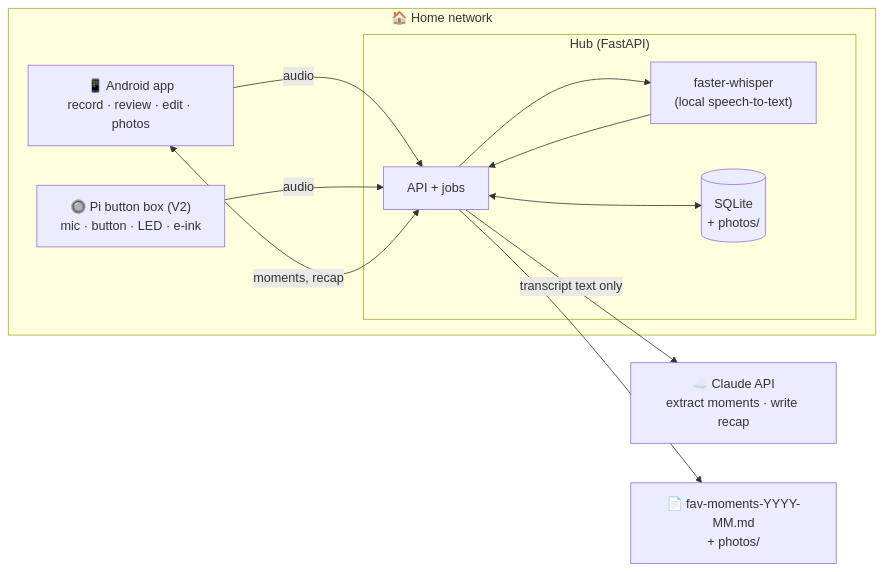
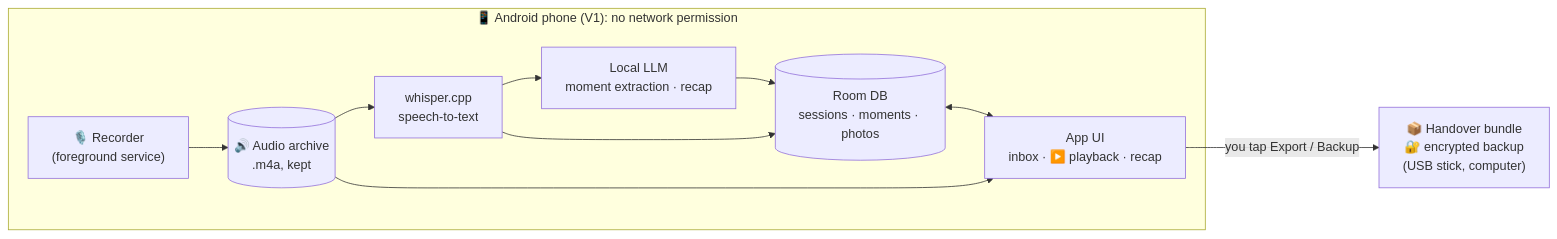
The first of 2 diagrams in docs/architecture.md (noahblauensteiner/dream2gether), drawn with Mermaid before and after one commit. The commit also changed other lines of this file and 4 other files, not shown here.

````diff
--- a/docs/architecture.md
+++ b/docs/architecture.md
@@ -13,22 +15,16 @@
 ```mermaid
 flowchart LR
-  subgraph home["🏠 Home network"]
-    app["📱 Android app<br/>record · review · edit · photos"]
-    box["🔘 Pi button box (V2)<br/>mic · button · LED · e-ink"]
-    subgraph hub["Hub (FastAPI)"]
-      api["API + jobs"]
-      stt["faster-whisper<br/>(local speech-to-text)"]
-      db[("SQLite<br/>+ photos/")]
-    end
+  subgraph phone["📱 Android phone (V1): no network permission"]
+    rec["🎙️ Recorder<br/>(foreground service)"]
+    audio[("🔊 Audio archive<br/>.m4a, kept")]
+    stt["whisper.cpp<br/>speech-to-text"]
+    llm["Local LLM<br/>moment extraction · recap"]
+    db[("Room DB<br/>sessions · moments · photos")]
+    ui["App UI<br/>inbox · ▶️ playback · recap"]
+    rec --> audio --> stt --> llm --> db
+    stt --> db
+    db <--> ui
+    audio --> ui
   end
-  claude["☁️ Claude API<br/>extract moments · write recap"]
-  out["📄 fav-moments-YYYY-MM.md<br/>+ photos/"]
-
-  app -- audio --> api
-  box -- audio --> api
-  api --> stt --> api
-  api -- transcript text only --> claude
-  api <--> db
-  app <-- moments, recap --> api
-  api --> out
+  ui -- "you tap Export / Backup" --> out["📦 Handover bundle<br/>🔐 encrypted backup<br/>(USB stick, computer)"]
 ```
````
